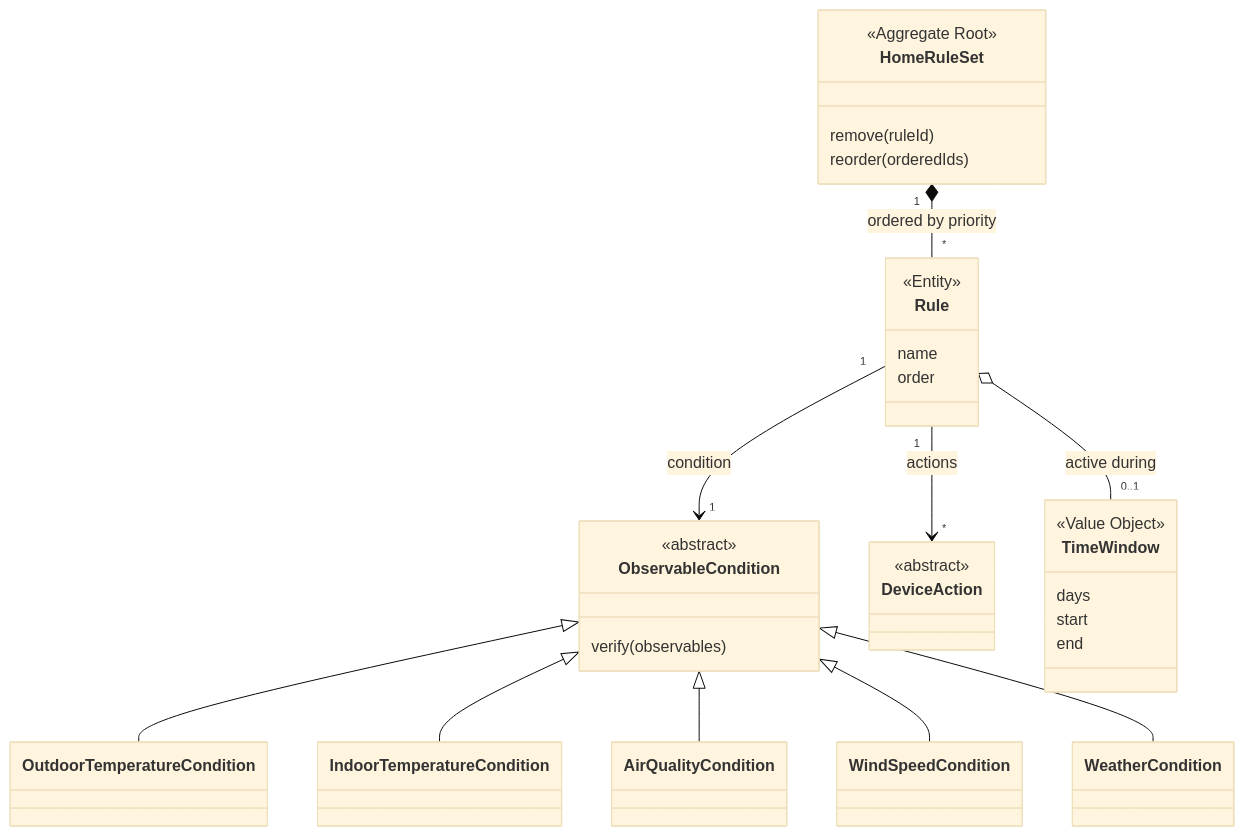
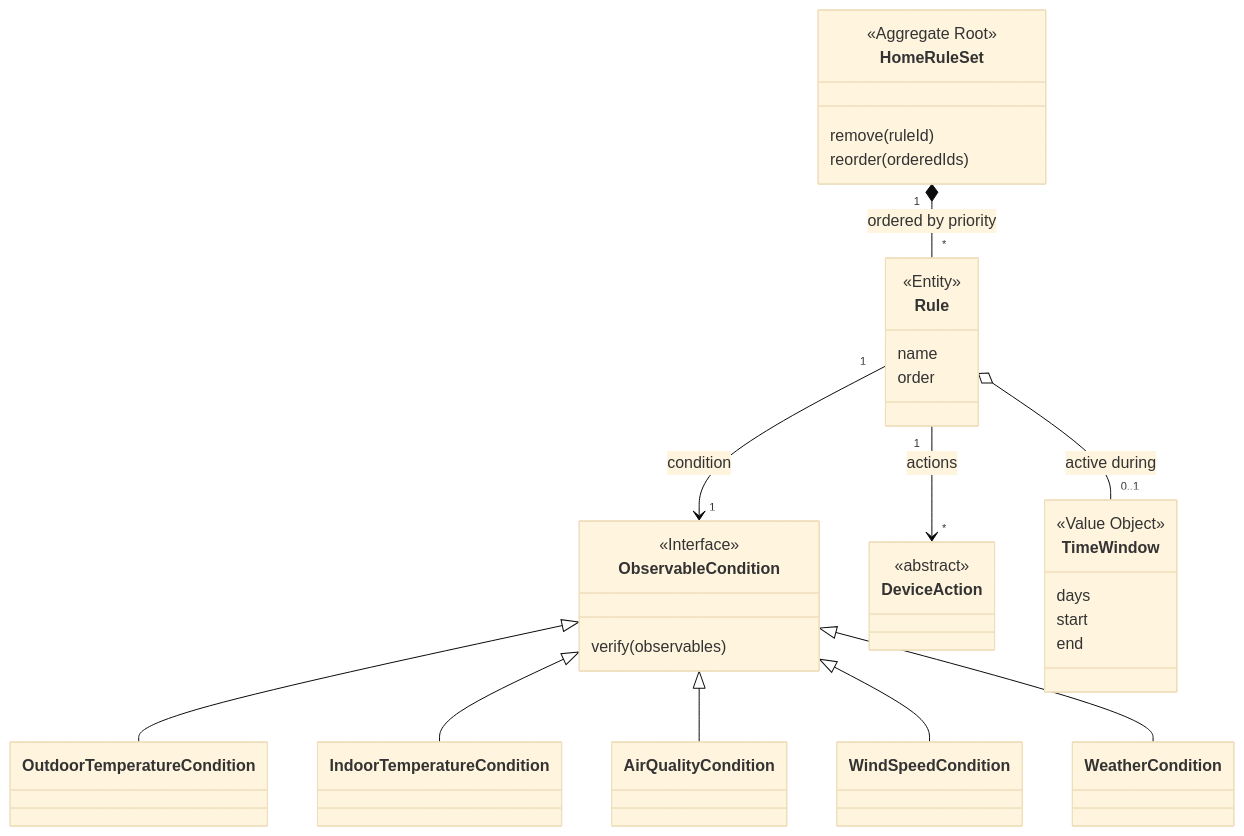
Before and after one commit to nicolo-mn/HiHome: the third of 5 diagrams in docs-spe/design.md, drawn with Mermaid (base theme).

Commit message:
docs(spe): fix diagram

````diff
--- a/docs-spe/design.md
+++ b/docs-spe/design.md
@@ -118,41 +118,41 @@
 ```mermaid
 classDiagram
     class HomeRuleSet {
         <<Aggregate Root>>
         remove(ruleId)
         reorder(orderedIds)
     }
     class Rule {
         <<Entity>>
         name
         order
     }
     class ObservableCondition {
-        <<abstract>>
+        <<Interface>>
         verify(observables)
     }
     class OutdoorTemperatureCondition
     class IndoorTemperatureCondition
     class AirQualityCondition
     class WindSpeedCondition
     class WeatherCondition
     class DeviceAction {
         <<abstract>>
     }
     class TimeWindow {
         <<Value Object>>
         days
         start
         end
     }
 
     HomeRuleSet "1" *-- "*" Rule : ordered by priority
     Rule "1" --> "1" ObservableCondition : condition
     Rule "1" --> "*" DeviceAction : actions
     Rule o-- "0..1" TimeWindow : active during
     ObservableCondition <|-- OutdoorTemperatureCondition
     ObservableCondition <|-- IndoorTemperatureCondition
     ObservableCondition <|-- AirQualityCondition
     ObservableCondition <|-- WindSpeedCondition
     ObservableCondition <|-- WeatherCondition
 ```
````
